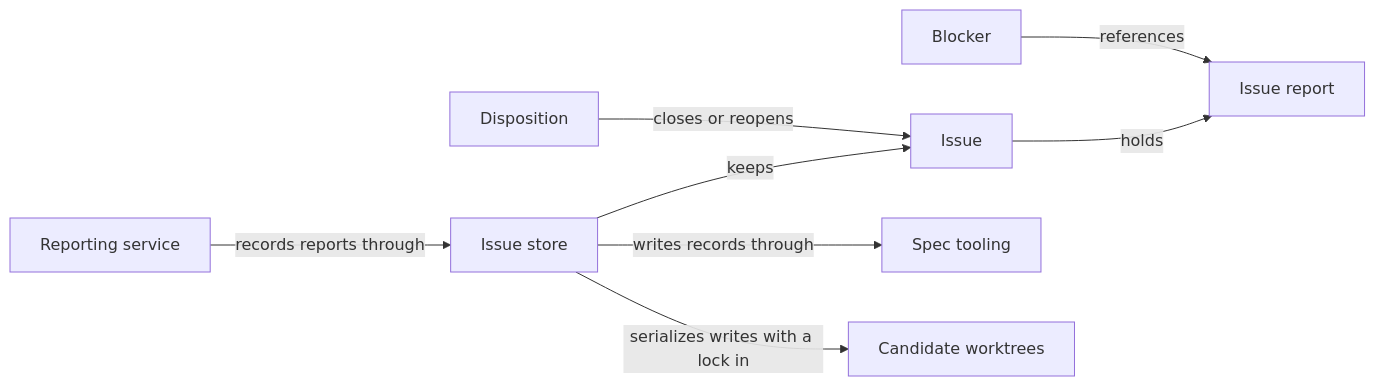
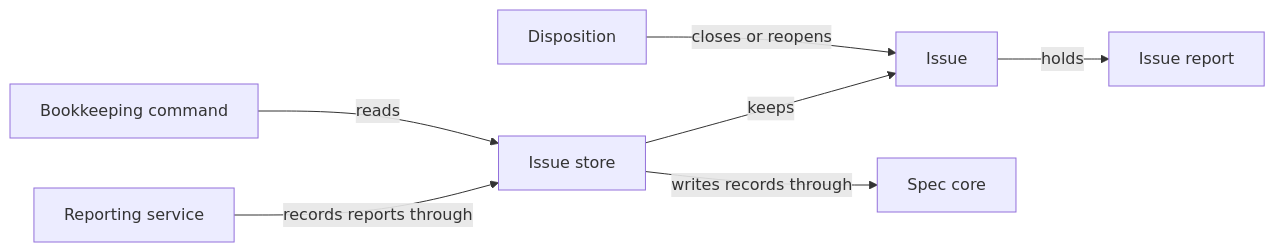
Before and after one commit to FTOD/concorde: the diagram in specs/concorde/issues/module.md, drawn with Mermaid. The commit also changed other lines of this file and 666 other files, not shown here.

````diff
--- a/specs/concorde/issues/module.md
+++ b/specs/concorde/issues/module.md
@@ -118,12 +122,11 @@
 ```mermaid
 flowchart LR
     accTitle: Issues structure
-    accDescr: The reporting service records reports through the store, which keeps Issues; Blockers reference reports and dispositions close or reopen Issues.
-    Reporting[Reporting service] -->|records reports through| Store[Issue store]
-    Store -->|keeps| Issue[Issue]
-    Issue -->|holds| Report[Issue report]
-    Blocker[Blocker] -->|references| Report
-    Disposition[Disposition] -->|closes or reopens| Issue
-    Store -->|writes records through| Spec[Spec tooling]
-    Store -->|serializes writes with a lock in| Worktrees[Candidate worktrees]
+    accDescr: The reporting service records reports through the store, the store keeps Issues, an Issue holds reports, dispositions close or reopen Issues, the command reads the store, and the store writes through Spec core.
+    reporting[Reporting service] -->|records reports through| store[Issue store]
+    command[Bookkeeping command] -->|reads| store
+    store -->|keeps| issue[Issue]
+    issue -->|holds| report[Issue report]
+    disposition[Disposition] -->|closes or reopens| issue
+    store -->|writes records through| spec[Spec core]
 ```
````
